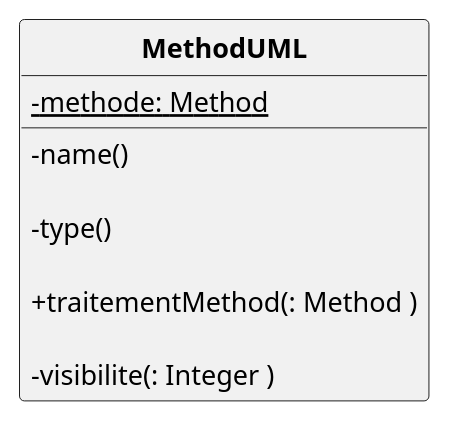
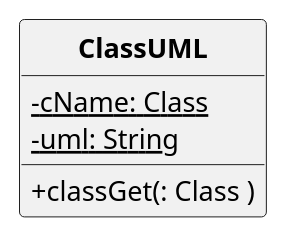
Before and after one commit to D3B1RUM4N/SAE_P21: the diagram in semaine3,5/uml/classUML.puml, drawn with PlantUML. The commit also changed other lines of this file and 19 other files, not shown here.

```diff
--- a/semaine3,5/uml/classUML.puml
+++ b/semaine3,5/uml/classUML.puml
@@ -1,22 +1,19 @@
 @startuml
 
 'UML GENER PAR CODE :)
 
 skinparam style strictuml
 skinparam classAttributeIconSize 0
 skinparam classFontStyle Bold
 hide empty members
 
-class MethodUML{
--{static}methode: Method
--name()
 
--type()
 
-+traitementMethod(: Method )
-
--visibilite(: Integer )
+class ClassUML{
+-{static}cName: Class
+-{static}uml: String
++classGet(: Class )
 
 
 }
 @enduml
```
